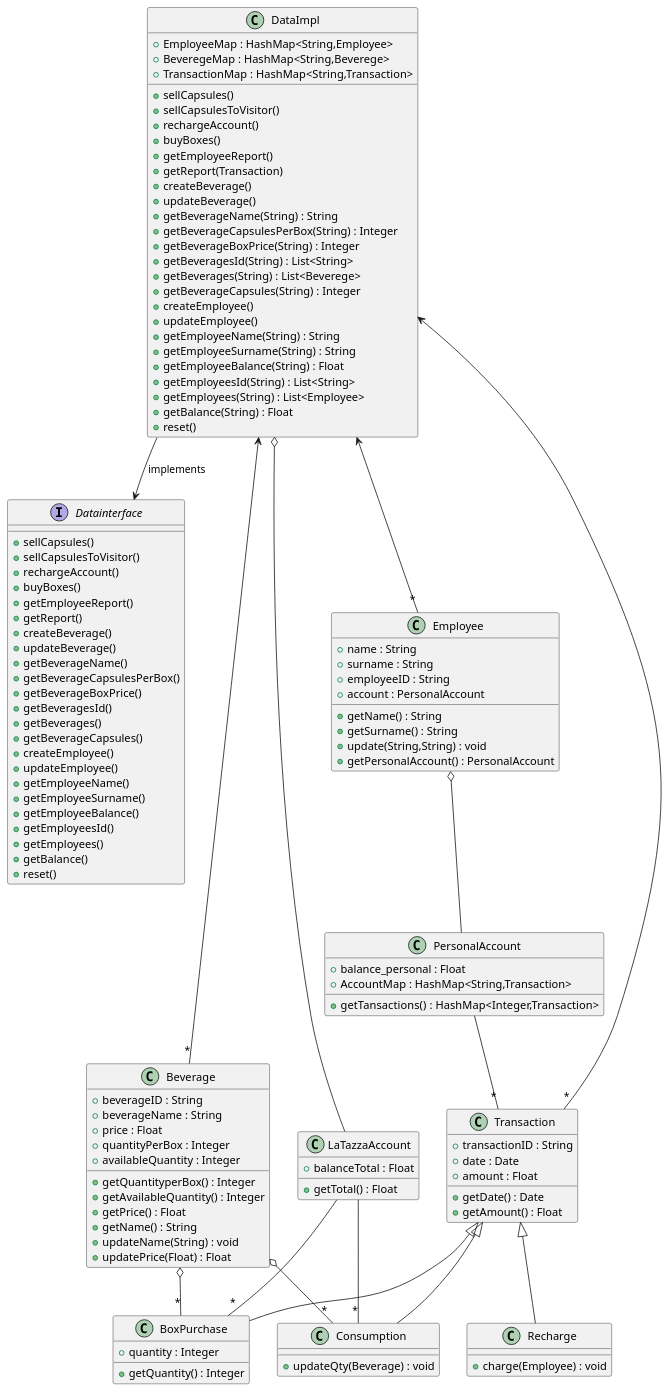
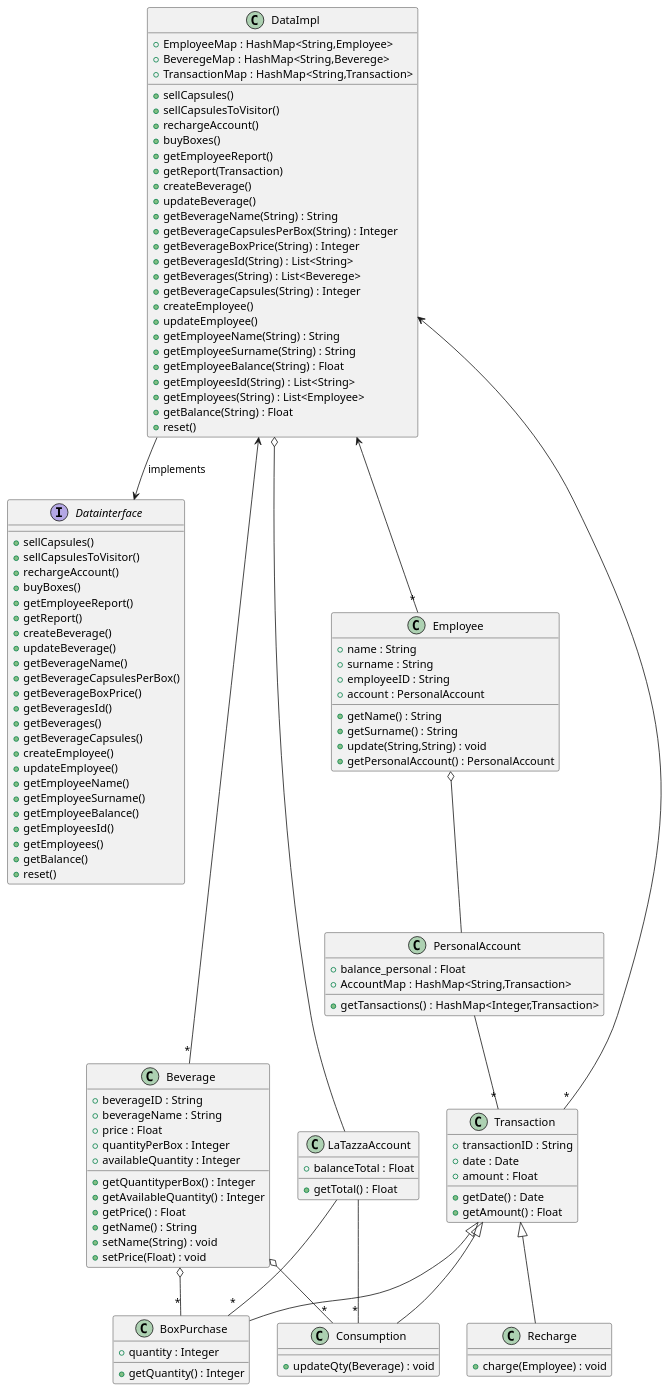
The third of 7 diagrams in templates/DesignDocumentTemplate.md (salvatore-dimartino/LaTazza), drawn with PlantUML before and after one commit.

```diff
--- a/templates/DesignDocumentTemplate.md
+++ b/templates/DesignDocumentTemplate.md
@@ -169,8 +169,8 @@
     +getAvailableQuantity() : Integer
     +getPrice() : Float
     +getName() : String
-    +updateName(String) : void
-    +updatePrice(Float) : Float
+    +setName(String) : void
+    +setPrice(Float) : void
 }
 
 class BoxPurchase {
```
